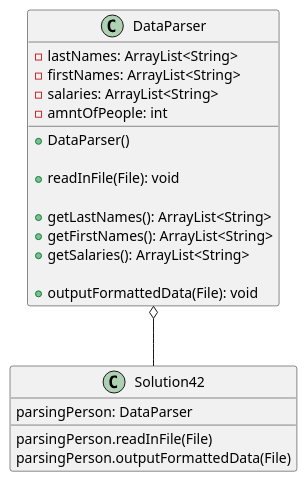
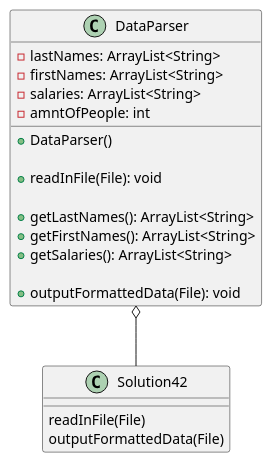
The diagram in exercise42/docs/Classes.puml (Zandroid505/Antifit-a04), drawn with PlantUML before and after one commit. The commit also changed 19 other files, not shown here.

Commit message:
Updated unit tests and uml diagram for exercise42

```diff
--- a/exercise42/docs/Classes.puml
+++ b/exercise42/docs/Classes.puml
@@ -6,32 +6,30 @@
 @startuml
 'https://plantuml.com/sequence-diagram
 
 DataParser o-- Solution42
 
 class Solution42 {
-    parsingPerson: DataParser
-
-    parsingPerson.readInFile(File)
-    parsingPerson.outputFormattedData(File)
-        'Creates DataParser Object and uses it to parse data
+    'Creates DataParser Object and uses it to parse data
+    readInFile(File)
+    outputFormattedData(File)
 }
 
 class DataParser {
     - lastNames: ArrayList<String>
     - firstNames: ArrayList<String>
     - salaries: ArrayList<String>
     - amntOfPeople: int
 
     + DataParser()
         'Initializes amount of people to 0
 
     + readInFile(File): void
 
     + getLastNames(): ArrayList<String>
     + getFirstNames(): ArrayList<String>
     + getSalaries(): ArrayList<String>
 
     + outputFormattedData(File): void
 }
 
 @enduml
```
